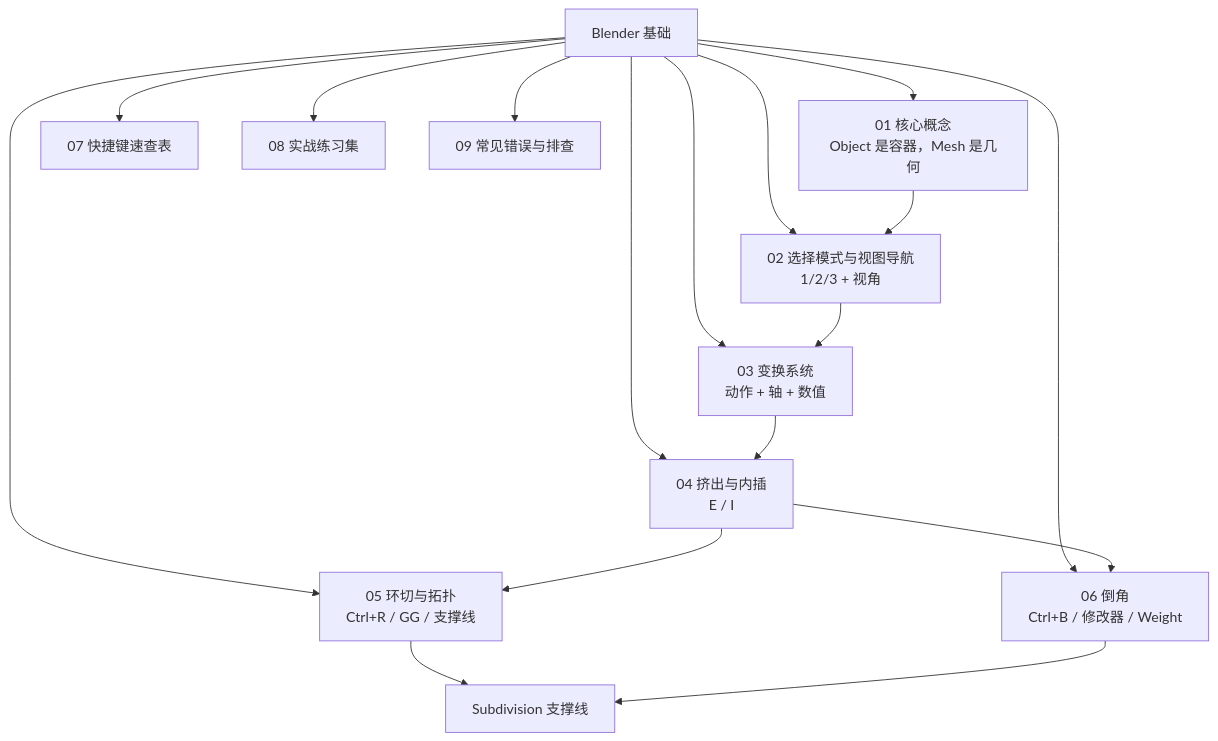
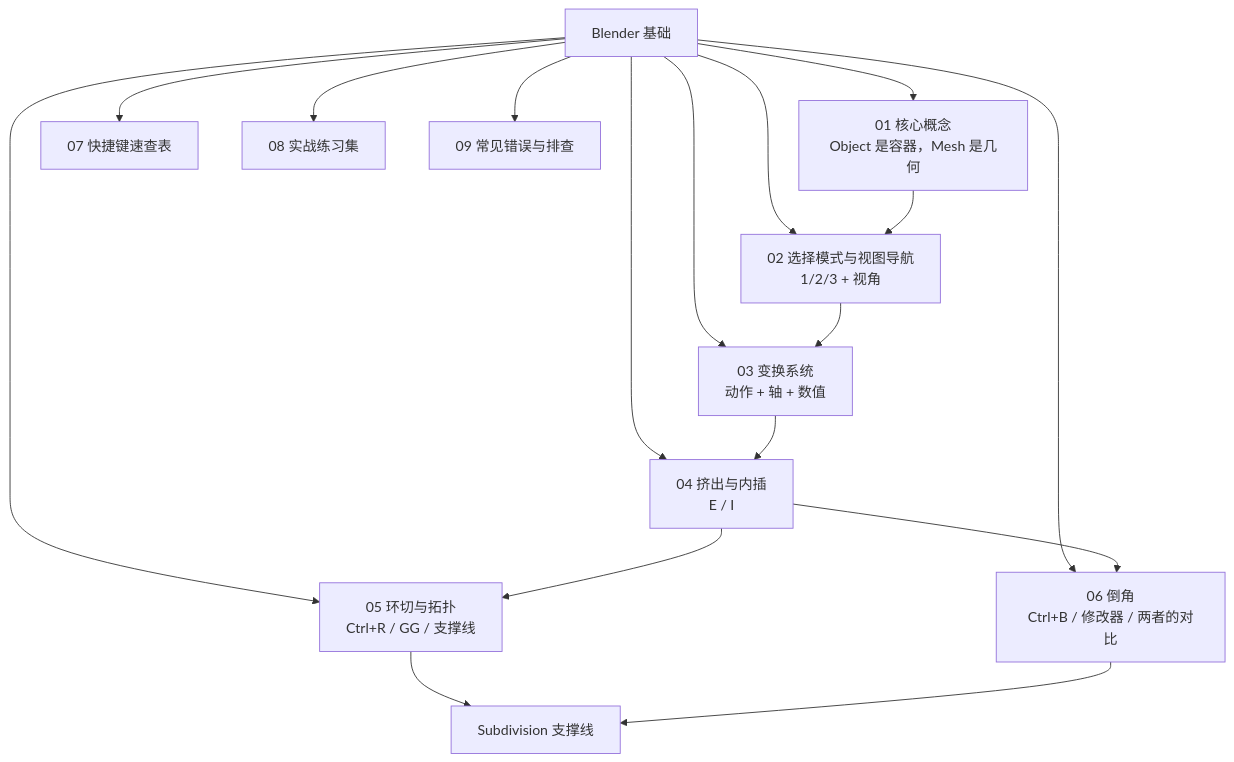
One commit to liuchamp/blenderdsv1 changed the diagram in Blender笔记/00-基础/README.md. Above: the diagram before and after it, drawn with Mermaid. The commit also changed other lines of this file and 16 other files, not shown here.

````diff
--- a/Blender笔记/00-基础/README.md
+++ b/Blender笔记/00-基础/README.md
@@ -12,18 +12,18 @@
 ```mermaid
 flowchart TD
     ROOT["Blender 基础"]
     ROOT --> C1["01 核心概念<br/>Object 是容器，Mesh 是几何"]
     ROOT --> C2["02 选择模式与视图导航<br/>1/2/3 + 视角"]
     ROOT --> C3["03 变换系统<br/>动作 + 轴 + 数值"]
     ROOT --> C4["04 挤出与内插<br/>E / I"]
     ROOT --> C5["05 环切与拓扑<br/>Ctrl+R / GG / 支撑线"]
-    ROOT --> C6["06 倒角<br/>Ctrl+B / 修改器 / Weight"]
+    ROOT --> C6["06 倒角<br/>Ctrl+B / 修改器 / 两者的对比"]
     ROOT --> C7["07 快捷键速查表"]
     ROOT --> C8["08 实战练习集"]
     ROOT --> C9["09 常见错误与排查"]
     C1 --> C2 --> C3 --> C4
     C4 --> C5
     C4 --> C6
     C5 --> SUB["Subdivision 支撑线"]
     C6 --> SUB
 ```
````
